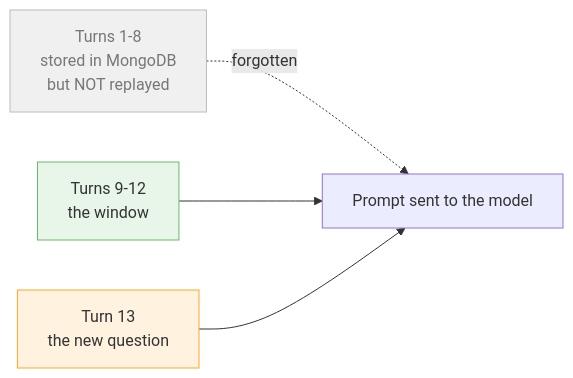
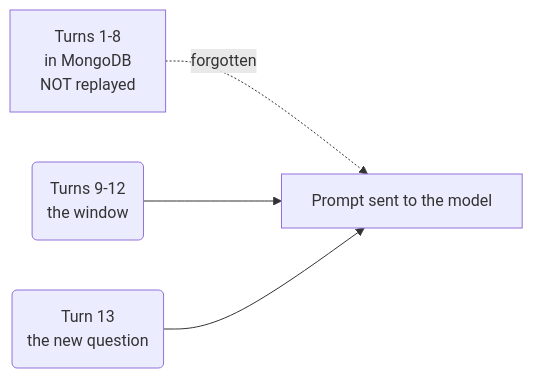
One commit to Harish1404/Naive-RAG-LangChain changed the second of 3 diagrams in docs/architecture.md. Above: the diagram before and after it, drawn with Mermaid. The commit also changed other lines of this file and 11 other files, not shown here.

````diff
--- a/docs/architecture.md
+++ b/docs/architecture.md
@@ -174,15 +158,6 @@
 ```mermaid
 graph LR
-    OLD["Turns 1-8<br/>stored in MongoDB<br/>but NOT replayed"]
-    KEEP["Turns 9-12<br/>the window"]
-    NEW["Turn 13<br/>the new question"]
-    PROMPT["Prompt sent to the model"]
-
-    OLD -. forgotten .-> PROMPT
-    KEEP --> PROMPT
-    NEW --> PROMPT
-
-    style OLD fill:#f0f0f0,stroke:#bbb,color:#777
-    style KEEP fill:#e8f5e9,stroke:#66bb6a
-    style NEW fill:#fff3e0,stroke:#ffa726
+    OLD[Turns 1-8<br/>in MongoDB<br/>NOT replayed] -. forgotten .-> PROMPT
+    KEEP(Turns 9-12<br/>the window) --> PROMPT
+    NEW(Turn 13<br/>the new question) --> PROMPT[Prompt sent to the model]
 ```
````
